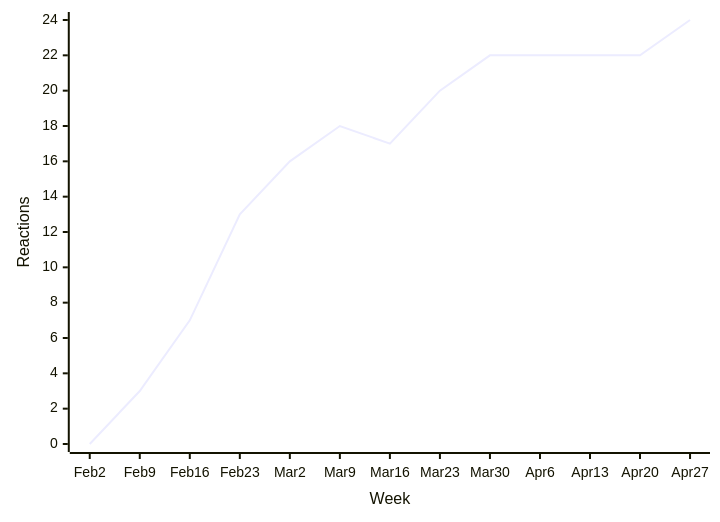
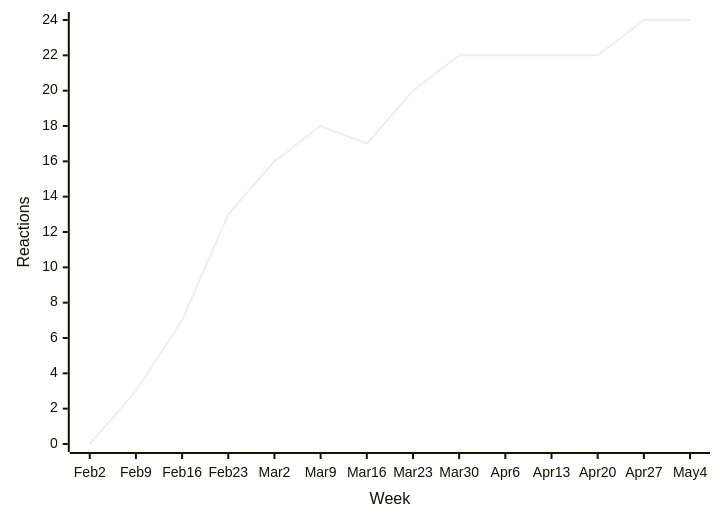
Before and after one commit to loic-sharma/github-insights: the fifth of 56 diagrams in README.md, drawn with Mermaid. The commit also changed other lines of this file and 3 other files, not shown here.

````diff
--- a/README.md
+++ b/README.md
@@ -407,6 +407,6 @@
   ```mermaid
   xychart-beta
-    x-axis "Week" [Feb 2, Feb 9, Feb 16, Feb 23, Mar 2, Mar 9, Mar 16, Mar 23, Mar 30, Apr 6, Apr 13, Apr 20, Apr 27]
+    x-axis "Week" [Feb 2, Feb 9, Feb 16, Feb 23, Mar 2, Mar 9, Mar 16, Mar 23, Mar 30, Apr 6, Apr 13, Apr 20, Apr 27, May 4]
     y-axis "Reactions"
-    line [0, 3, 7, 13, 16, 18, 17, 20, 22, 22, 22, 22, 24]
+    line [0, 3, 7, 13, 16, 18, 17, 20, 22, 22, 22, 22, 24, 24]
   ```
````
